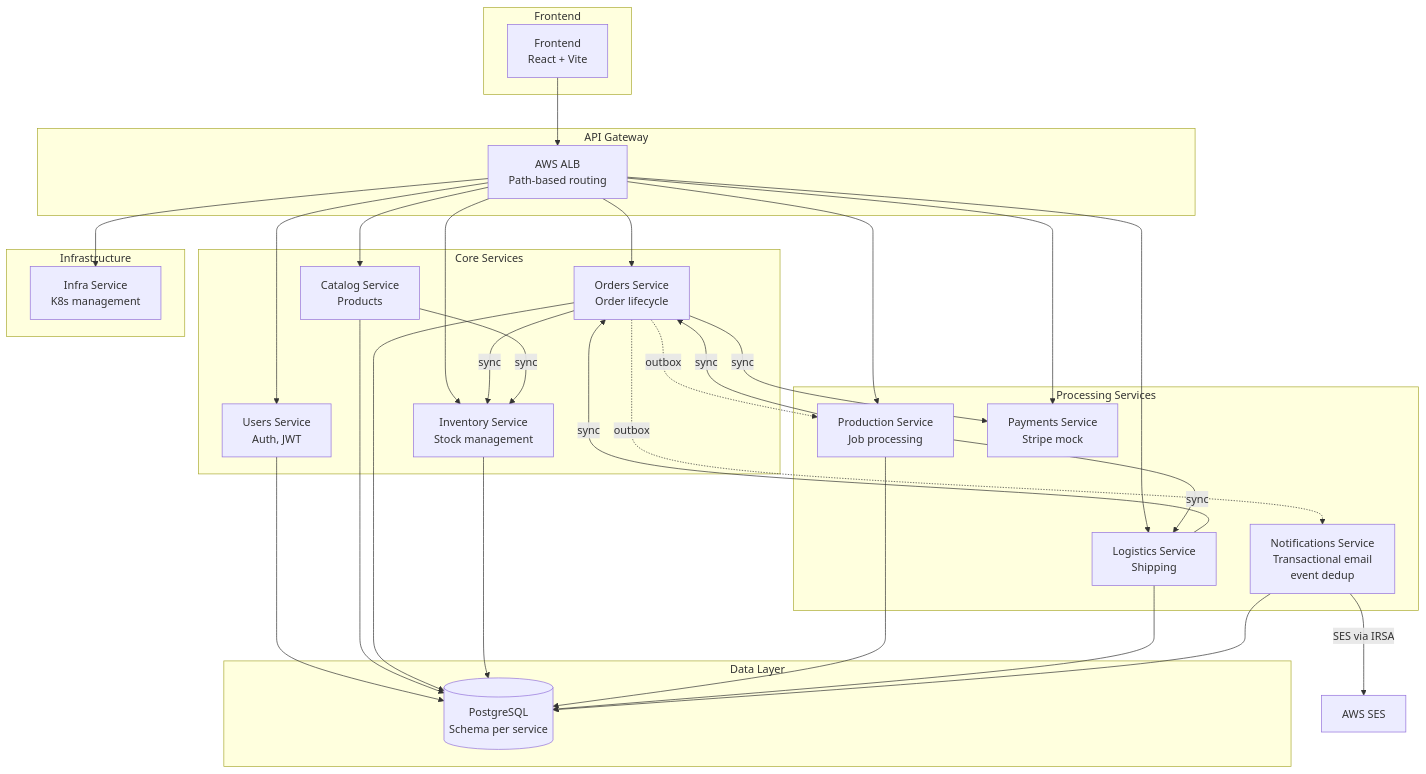
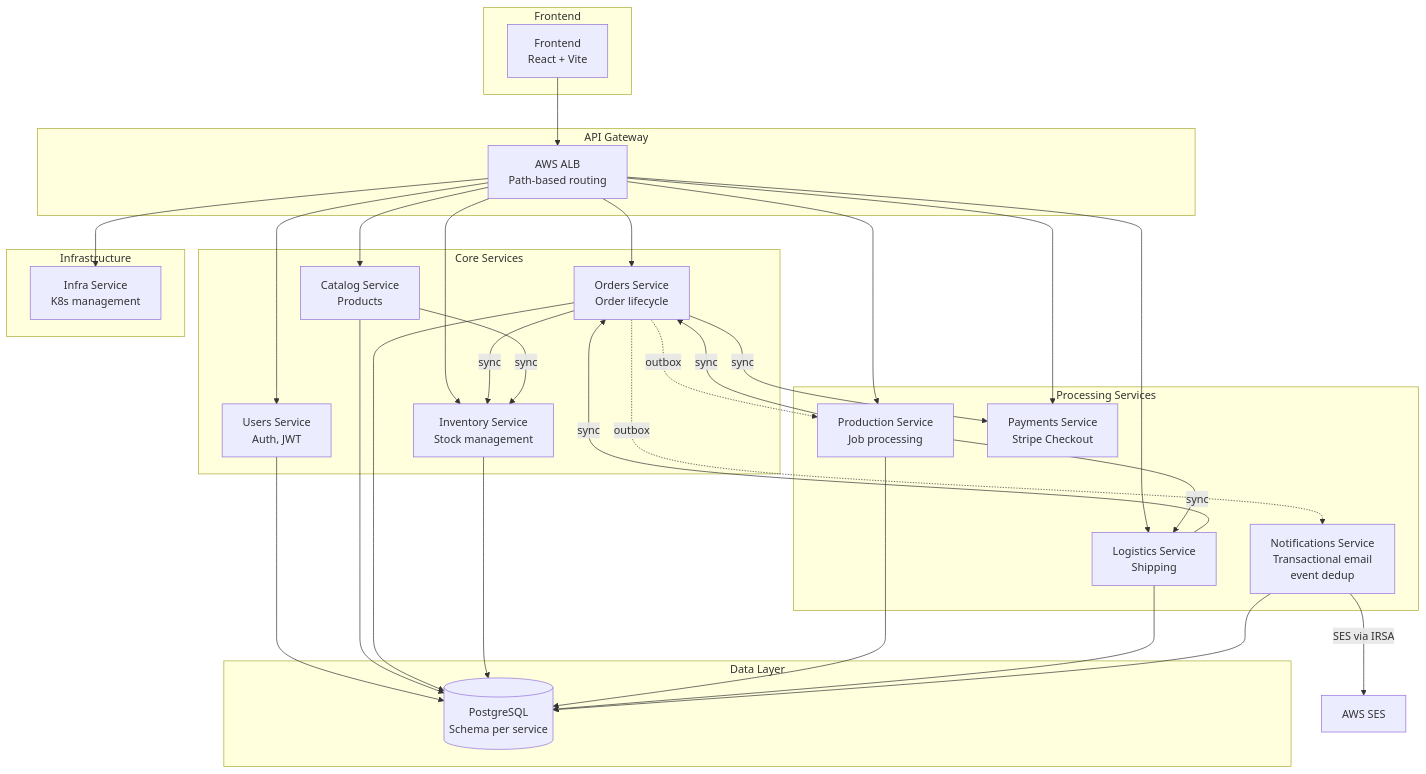
Before and after one commit to PolovinaD/posters-shop: the first of 8 diagrams in docs/ARCHITECTURE.md, drawn with Mermaid. The commit also changed 2 other files, not shown here.

Commit message:
docs: drop the last three "payments is a Stripe mock" claims
Comment, label and metadata only — no executable line changed.

- docs/ARCHITECTURE.md:31  mermaid node label "Stripe mock" -> "Stripe Checkout"
- deploy/charts/payments/Chart.yaml:3  chart description
- services/orders/main.py:680  the stripe_webhook docstring said the endpoint
  receives events "from Stripe (or our mock payment service)". Wrong twice:
  payments is not a mock, and it emits no events at all — Stripe is the only
  sender. services/payments/main.py has no hmac, no Stripe-Signature, no
  ORDERS_WEBHOOK_URL and does not import httpx.

These survived the earlier sweep because the greps were tuned to prose. A
mermaid node label, a Helm chart description and an inline docstring are none
of those shapes. `git grep -niE "stripe mock|mock payment"` over tracked files
now returns nothing outside tests/.

tests/unit/test_stripe_payments.py keeps its "Mock stripe before any import"
comment — that test genuinely mocks the SDK, so the word is correct there.

helm lint: 0 charts failed. 63 unit tests pass.

````diff
--- a/docs/ARCHITECTURE.md
+++ b/docs/ARCHITECTURE.md
@@ -11,60 +11,60 @@
 ```mermaid
 graph TB
     subgraph "Frontend"
         FE[Frontend<br/>React + Vite]
     end
     
     subgraph "API Gateway"
         ALB[AWS ALB<br/>Path-based routing]
     end
     
     subgraph "Core Services"
         USERS[Users Service<br/>Auth, JWT]
         CATALOG[Catalog Service<br/>Products]
         ORDERS[Orders Service<br/>Order lifecycle]
         INVENTORY[Inventory Service<br/>Stock management]
     end
     
     subgraph "Processing Services"
         PRODUCTION[Production Service<br/>Job processing]
         LOGISTICS[Logistics Service<br/>Shipping]
-        PAYMENTS[Payments Service<br/>Stripe mock]
+        PAYMENTS[Payments Service<br/>Stripe Checkout]
         NOTIFICATIONS[Notifications Service<br/>Transactional email<br/>event dedup]
     end
     
     subgraph "Infrastructure"
         INFRA[Infra Service<br/>K8s management]
     end
     
     subgraph "Data Layer"
         PG[(PostgreSQL<br/>Schema per service)]
     end
     
     FE --> ALB
     ALB --> USERS
     ALB --> CATALOG
     ALB --> ORDERS
     ALB --> INVENTORY
     ALB --> PRODUCTION
     ALB --> LOGISTICS
     ALB --> PAYMENTS
     ALB --> INFRA
     
     ORDERS -->|sync| INVENTORY
     ORDERS -->|sync| PAYMENTS
     ORDERS -.->|outbox| PRODUCTION
     ORDERS -.->|outbox| NOTIFICATIONS
     NOTIFICATIONS -->|SES via IRSA| SES[AWS SES]
     PRODUCTION -->|sync| ORDERS
     PRODUCTION -->|sync| LOGISTICS
     LOGISTICS -->|sync| ORDERS
     CATALOG -->|sync| INVENTORY
     
     USERS --> PG
     CATALOG --> PG
     ORDERS --> PG
     INVENTORY --> PG
     PRODUCTION --> PG
     LOGISTICS --> PG
     NOTIFICATIONS --> PG
 ```
````
